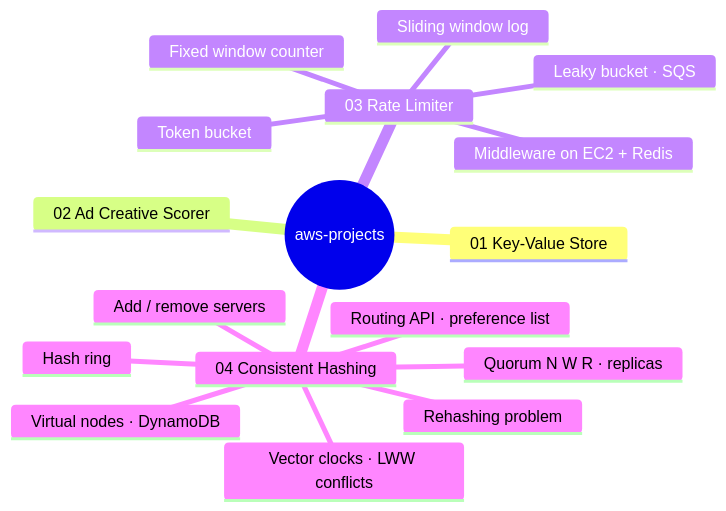
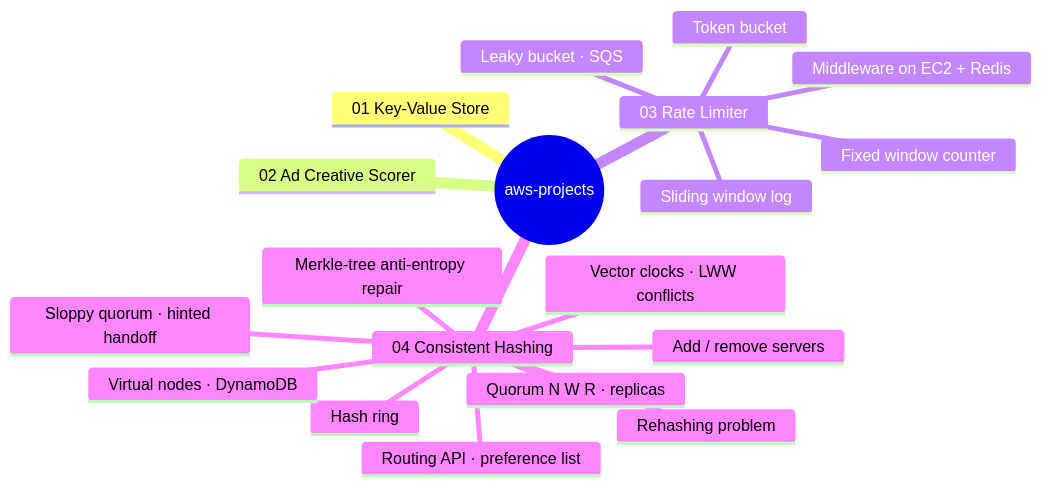
The first of 3 diagrams in README.md (TareDevarsh/AWS-cloudformation-projects), drawn with Mermaid before and after one commit. The commit also changed other lines of this file and 9 other files, not shown here.

````diff
--- a/README.md
+++ b/README.md
@@ -59,20 +59,22 @@
 ```mermaid
 mindmap
   root((aws-projects))
     01 Key-Value Store
     02 Ad Creative Scorer
     03 Rate Limiter
       Middleware on EC2 + Redis
       Token bucket
       Leaky bucket · SQS
       Sliding window log
       Fixed window counter
     04 Consistent Hashing
       Rehashing problem
       Hash ring
       Add / remove servers
       Virtual nodes · DynamoDB
       Routing API · preference list
       Quorum N W R · replicas
       Vector clocks · LWW conflicts
+      Sloppy quorum · hinted handoff
+      Merkle-tree anti-entropy repair
 ```
````
